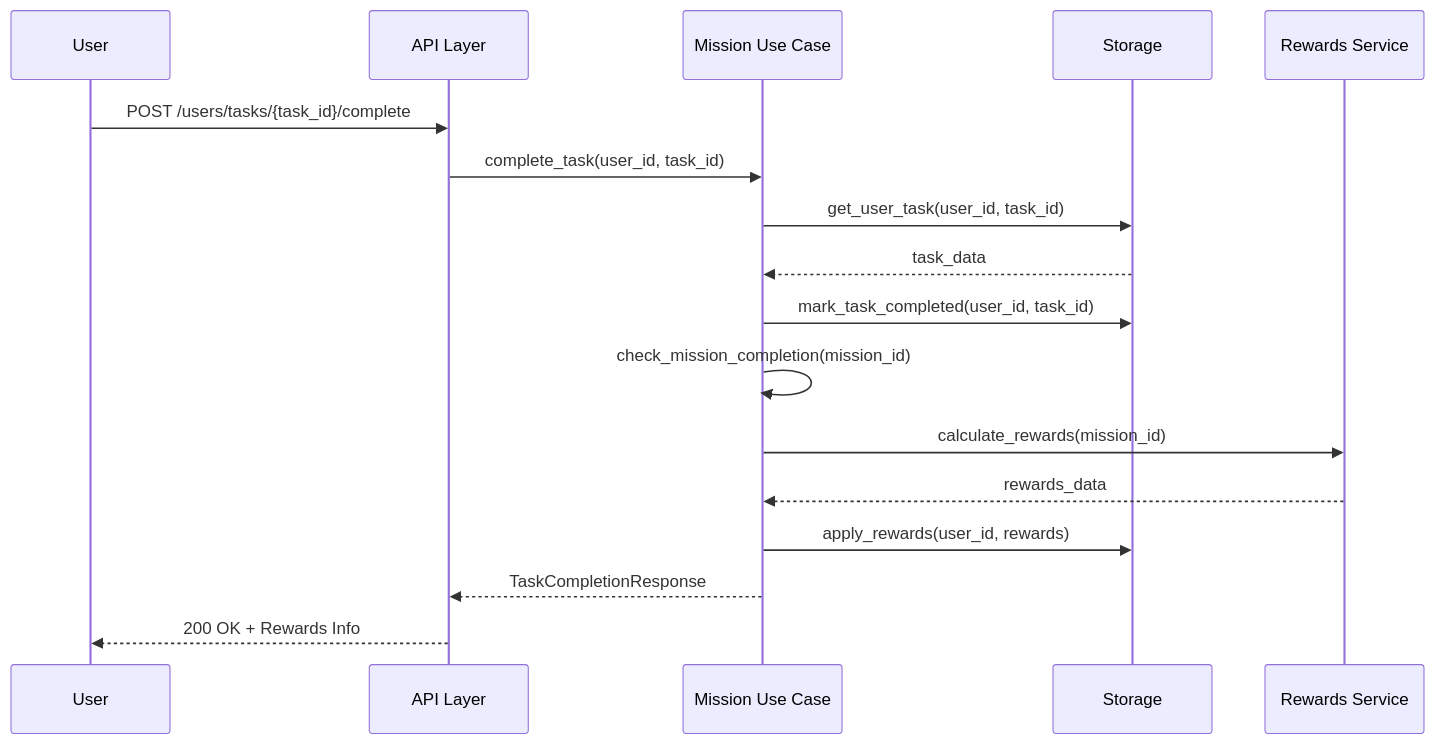
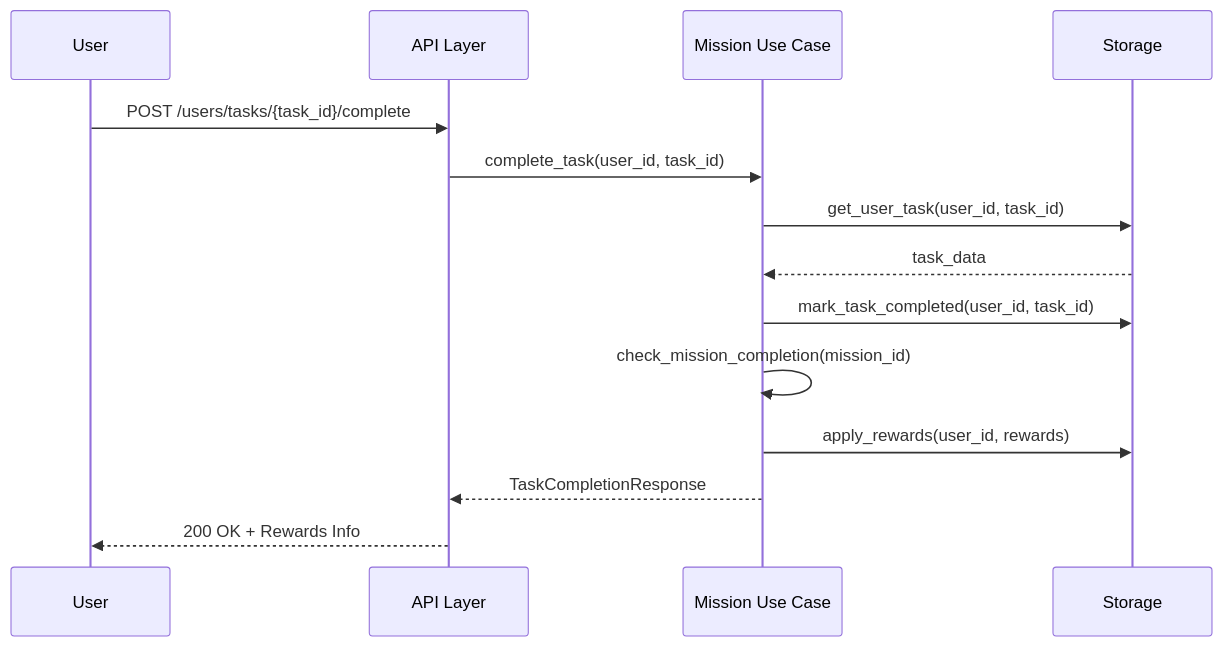
One commit to OptikRUS/hackaton_alabuga changed the second of 3 diagrams in README.md. Above: the diagram before and after it, drawn with Mermaid. The commit also changed other lines of this file, not shown here.

Commit message:
docs(README.md): fix urls and seq diagrams

````diff
--- a/README.md
+++ b/README.md
@@ -217,20 +217,17 @@
 ```mermaid
 sequenceDiagram
     participant U as User
     participant API as API Layer
     participant UC as Mission Use Case
     participant S as Storage
-    participant R as Rewards Service
 
     U->>API: POST /users/tasks/{task_id}/complete
     API->>UC: complete_task(user_id, task_id)
     UC->>S: get_user_task(user_id, task_id)
     S-->>UC: task_data
     UC->>S: mark_task_completed(user_id, task_id)
     UC->>UC: check_mission_completion(mission_id)
-    UC->>R: calculate_rewards(mission_id)
-    R-->>UC: rewards_data
     UC->>S: apply_rewards(user_id, rewards)
     UC-->>API: TaskCompletionResponse
     API-->>U: 200 OK + Rewards Info
 ```
````
